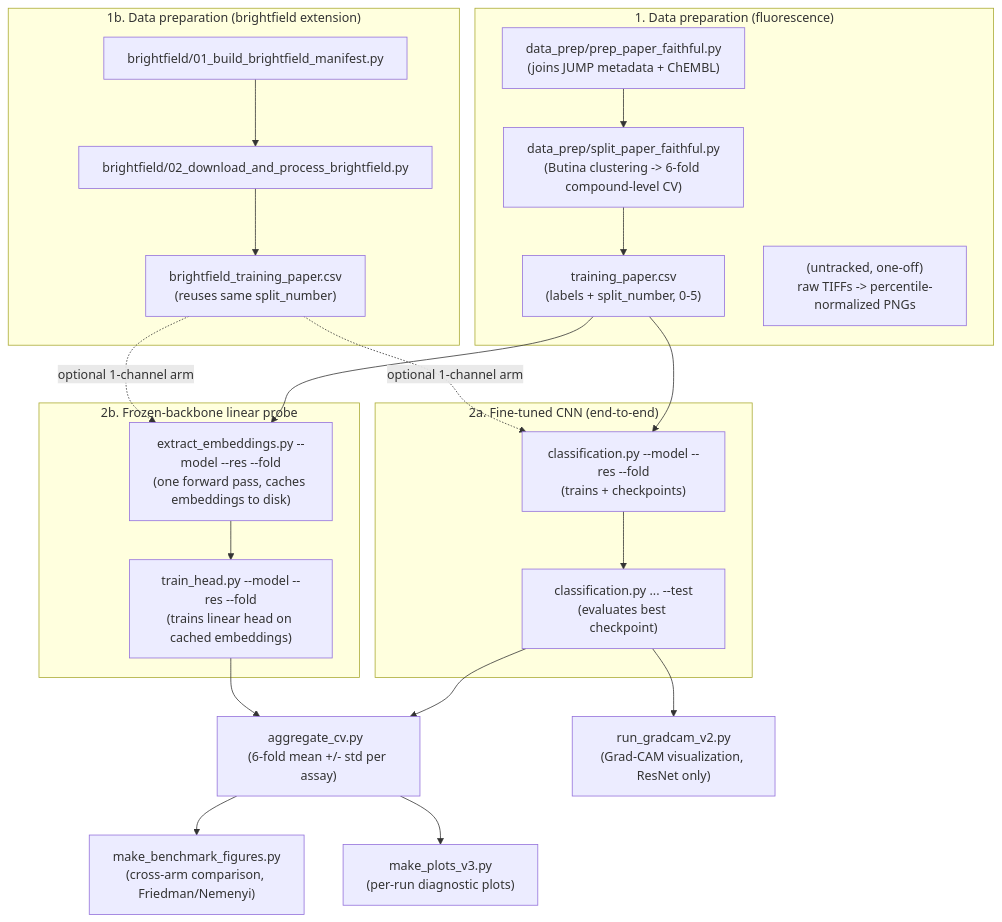
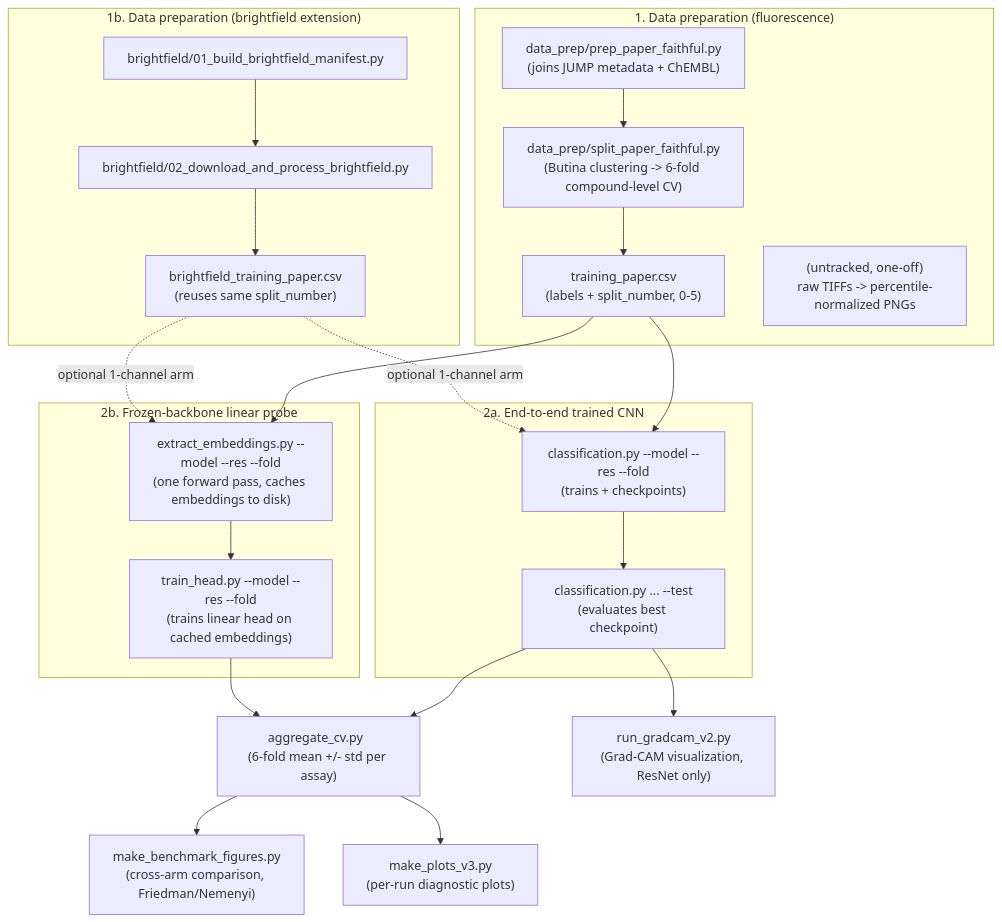
The diagram in README.md (Robi97-singh/cellpainting-bioactivity-benchmark), drawn with Mermaid before and after one commit. The commit also changed other lines of this file and 17 other files, not shown here.

Commit message:
Use end-to-end instead of fine-tuned in READMEs and docs

````diff
--- a/README.md
+++ b/README.md
@@ -85,33 +85,33 @@
 ```mermaid
 flowchart TD
     subgraph DP["1. Data preparation (fluorescence)"]
         A1["data_prep/prep_paper_faithful.py<br/>(joins JUMP metadata + ChEMBL)"] --> A2["data_prep/split_paper_faithful.py<br/>(Butina clustering -> 6-fold compound-level CV)"]
         A2 --> A3["training_paper.csv<br/>(labels + split_number, 0-5)"]
         A4["(untracked, one-off)<br/>raw TIFFs -> percentile-normalized PNGs"]
     end
 
     subgraph BF["1b. Data preparation (brightfield extension)"]
         B1["brightfield/01_build_brightfield_manifest.py"] --> B2["brightfield/02_download_and_process_brightfield.py"]
         B2 --> B3["brightfield_training_paper.csv<br/>(reuses same split_number)"]
     end
 
     A3 --> T1
     A3 --> T2
     B3 -.optional 1-channel arm.-> T1
     B3 -.optional 1-channel arm.-> T2
 
-    subgraph REGIME_A["2a. Fine-tuned CNN (end-to-end)"]
+    subgraph REGIME_A["2a. End-to-end trained CNN"]
         T1["classification.py --model --res --fold<br/>(trains + checkpoints)"] --> T1T["classification.py ... --test<br/>(evaluates best checkpoint)"]
     end
 
     subgraph REGIME_B["2b. Frozen-backbone linear probe"]
         T2["extract_embeddings.py --model --res --fold<br/>(one forward pass, caches embeddings to disk)"] --> T3["train_head.py --model --res --fold<br/>(trains linear head on cached embeddings)"]
     end
 
     T1T --> AGG["aggregate_cv.py <model> <res><br/>(6-fold mean +/- std per assay)"]
     T3 --> AGG
 
     AGG --> FIG1["make_benchmark_figures.py<br/>(cross-arm comparison, Friedman/Nemenyi)"]
     AGG --> FIG2["make_plots_v3.py <model_name><br/>(per-run diagnostic plots)"]
     T1T --> GRAD["run_gradcam_v2.py<br/>(Grad-CAM visualization, ResNet only)"]
 ```
````
